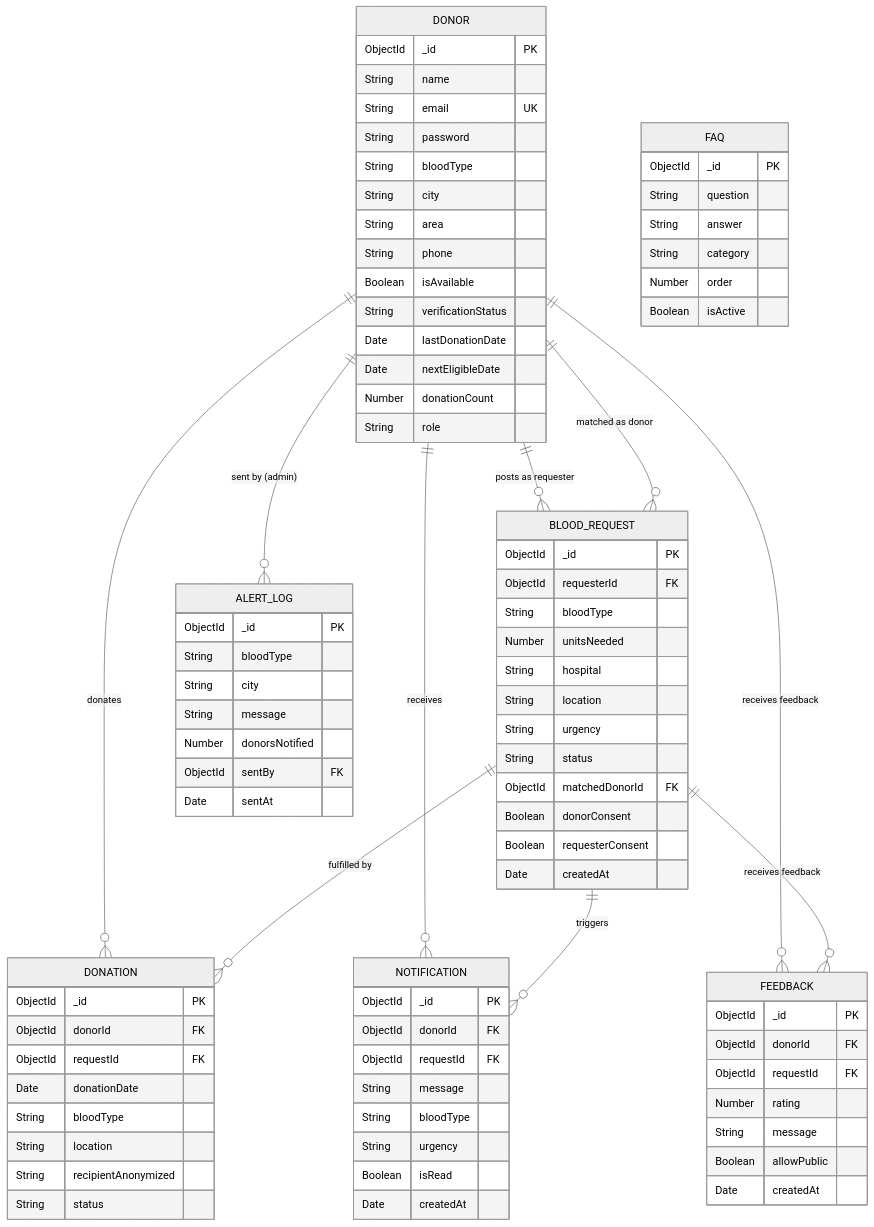
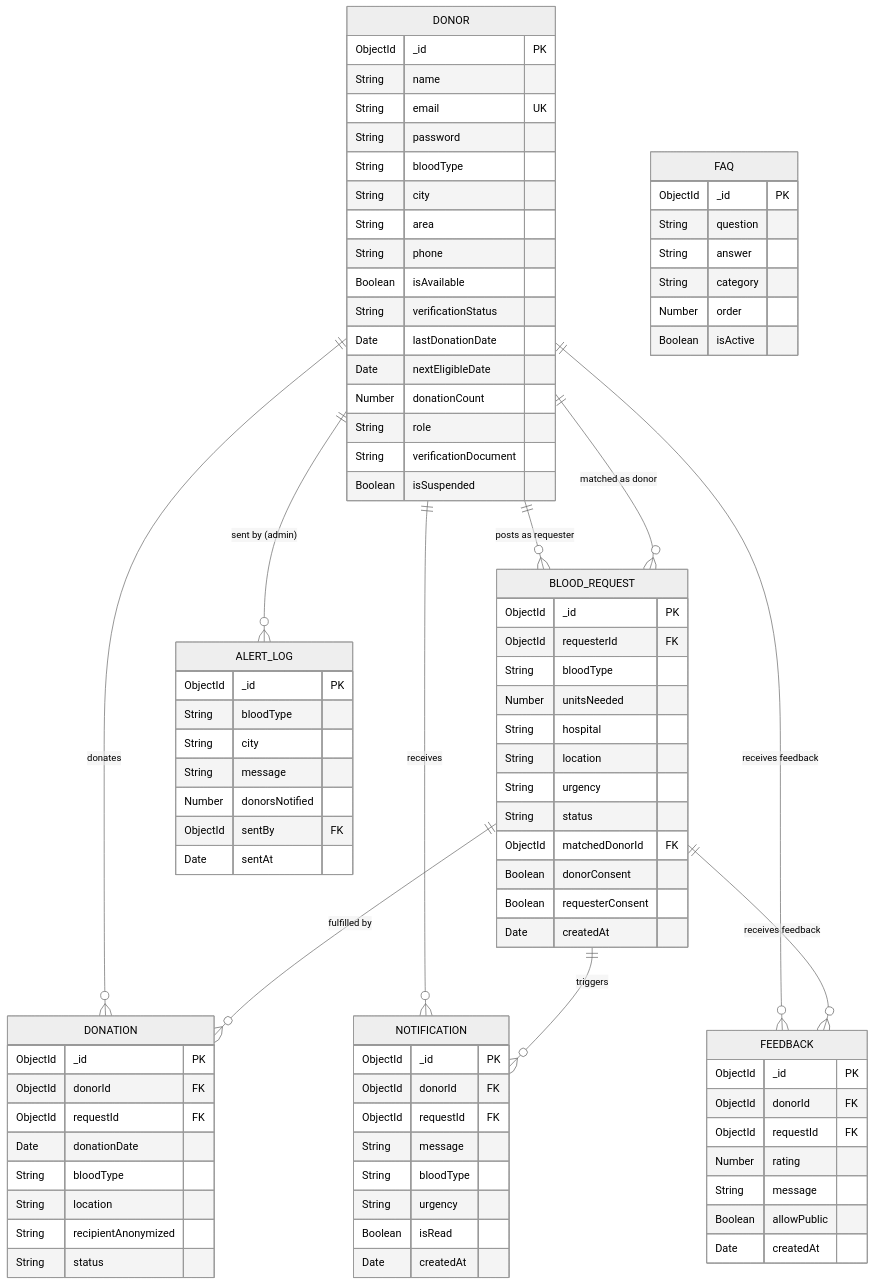
Before and after one commit to kazisalman21/blood-donation-platform: the second of 3 diagrams in docs/CLASS_DIAGRAM.md, drawn with Mermaid (neutral theme). The commit also changed other lines of this file, not shown here.

Commit message:
docs: add missing verificationDocument and isSuspended fields to Donor class diagram

```diff
--- a/docs/CLASS_DIAGRAM.md
+++ b/docs/CLASS_DIAGRAM.md
@@ -256,6 +258,8 @@
         Date nextEligibleDate
         Number donationCount
         String role
+        String verificationDocument
+        Boolean isSuspended
     }
 
     BLOOD_REQUEST {
```
